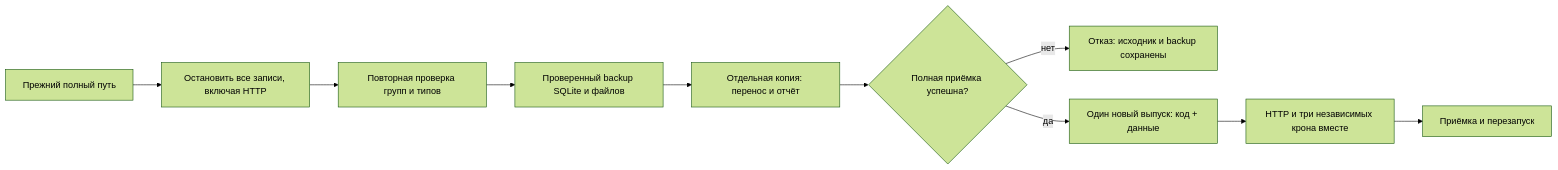
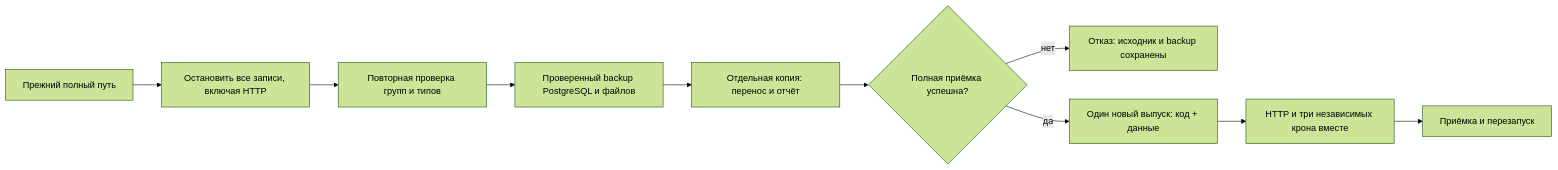
One commit to tgenman/oko changed the third of 3 diagrams in docs/human/pipeline-workers.md. Above: the diagram before and after it, drawn with Mermaid (forest theme). The commit also changed other lines of this file and 150 other files, not shown here.

Commit message:
refactor: make PostgreSQL the only Oko storage

````diff
--- a/docs/human/pipeline-workers.md
+++ b/docs/human/pipeline-workers.md
@@ -83,12 +83,12 @@
 ```mermaid
 flowchart LR
     OLD["Прежний полный путь"] --> STOP["Остановить все записи, включая HTTP"]
     STOP --> GUARD["Повторная проверка групп и типов"]
-    GUARD --> BACKUP["Проверенный backup SQLite и файлов"]
+    GUARD --> BACKUP["Проверенный backup PostgreSQL и файлов"]
     BACKUP --> COPY["Отдельная копия: перенос и отчёт"]
     COPY --> CHECK{"Полная приёмка успешна?"}
     CHECK -- нет --> HOLD["Отказ: исходник и backup сохранены"]
     CHECK -- да --> NEW["Один новый выпуск: код + данные"]
     NEW --> HTTP["HTTP и три независимых крона вместе"]
     HTTP --> ACCEPT["Приёмка и перезапуск"]
 ```
````
